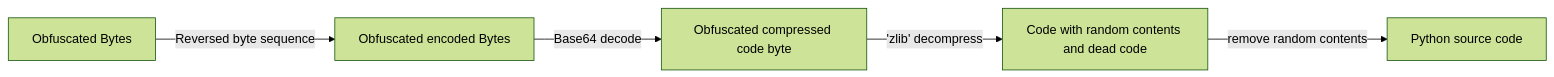
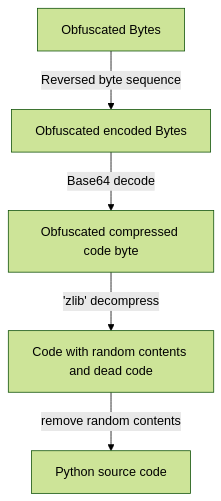
Before and after one commit to LiuYuancheng/Py-Code-Obfuscator: the second of 2 diagrams in README.md, drawn with Mermaid (forest theme). The commit also changed other lines of this file and 2 other files, not shown here.

````diff
--- a/README.md
+++ b/README.md
@@ -154,9 +172,9 @@
 ```mermaid
-flowchart LR
+flowchart TD
 A[Obfuscated Bytes] --> |Reversed byte sequence| B
 B[Obfuscated encoded Bytes] --> |Base64 decode| C
 C[Obfuscated compressed code byte ] --> |'zlib' decompress|D
 D[Code with random contents and dead code] --> |remove random contents | E
 E[Python source code]
 
 ```
````
